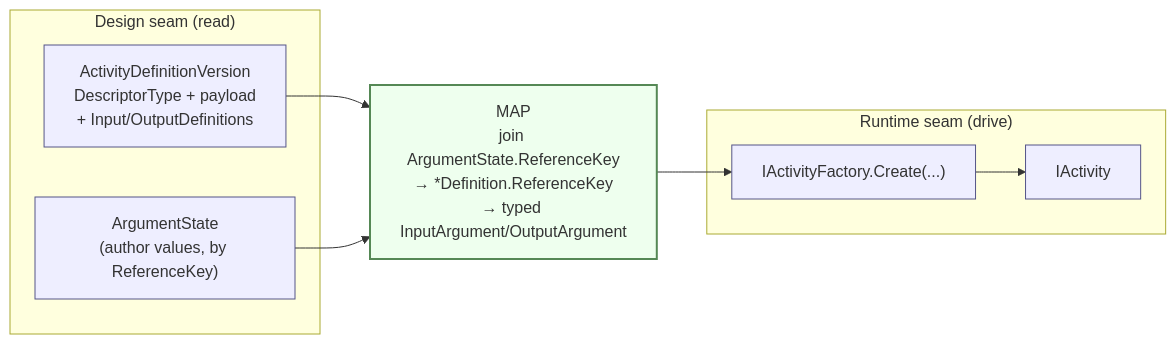
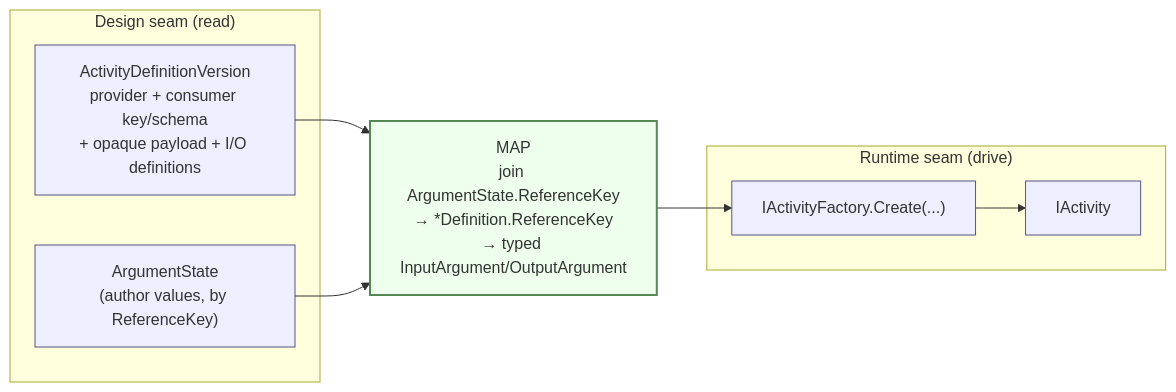
Before and after one commit to elsa-workflows/elsa-foundation: the third of 4 diagrams in docs/seams.md, drawn with Mermaid. The commit also changed other lines of this file and 309 other files, not shown here.

Commit message:
feat: complete reusable activity definitions

````diff
--- a/docs/seams.md
+++ b/docs/seams.md
@@ -89,21 +92,21 @@
 ```mermaid
 flowchart LR
     subgraph DesignSeam["Design seam (read)"]
-        ROW["ActivityDefinitionVersion<br/>DescriptorType + payload<br/>+ Input/OutputDefinitions"]
+        ROW["ActivityDefinitionVersion<br/>provider + consumer key/schema<br/>+ opaque payload + I/O definitions"]
         STATE["ArgumentState<br/>(author values, by ReferenceKey)"]
     end
     MAP["MAP<br/>join ArgumentState.ReferenceKey<br/>→ *Definition.ReferenceKey<br/>→ typed InputArgument/OutputArgument"]
     subgraph RuntimeSeam["Runtime seam (drive)"]
         CREATE["IActivityFactory.Create(...)"]
         LIVE["IActivity"]
         CREATE --> LIVE
     end
     ROW --> MAP
     STATE --> MAP
     MAP --> CREATE
 
     classDef seam fill:#eef,stroke:#558;
     classDef bridge fill:#efe,stroke:#585,stroke-width:2px;
     class ROW,STATE,CREATE,LIVE seam;
     class MAP bridge;
 ```
````
